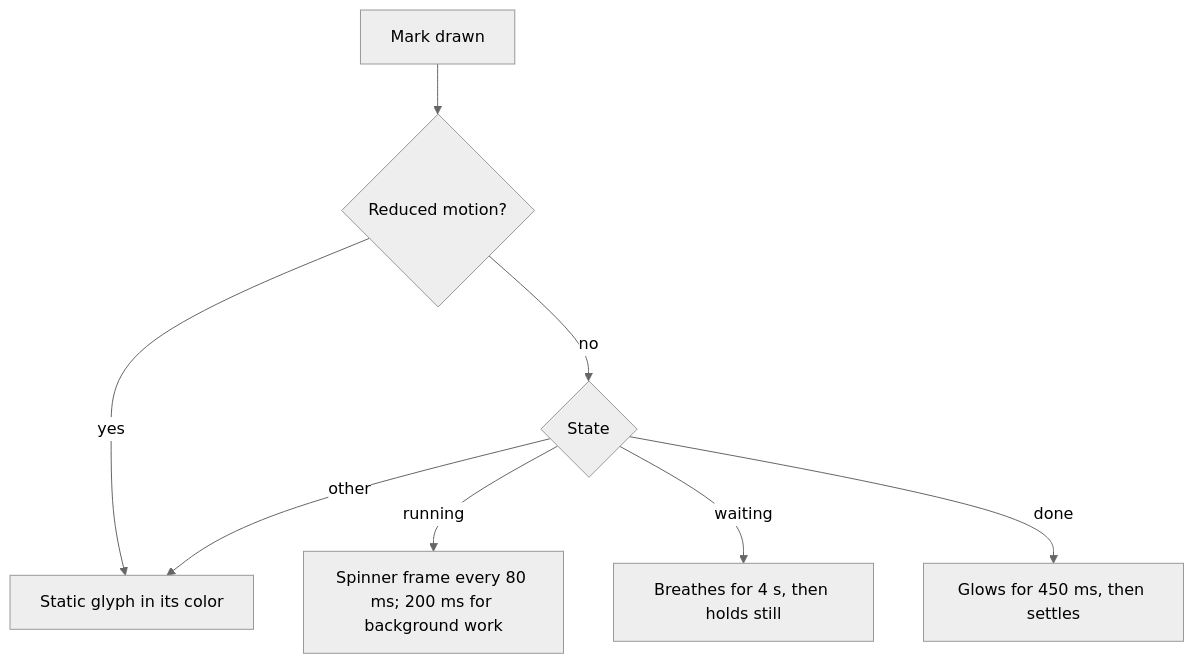
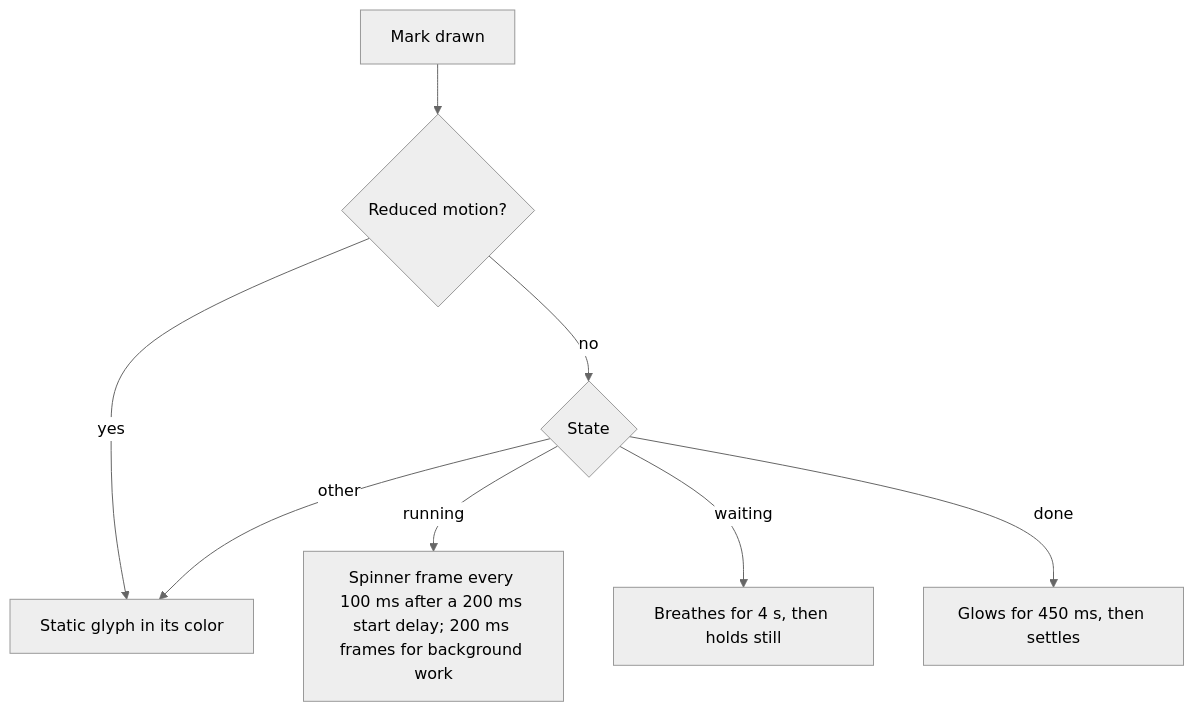
Before and after one commit to bgauryy/octocode-coding-agent: the diagram in packages/coding-agent/docs/tui-design.md, drawn with Mermaid (neutral theme). The commit also changed other lines of this file and 429 other files, not shown here.

````diff
--- a/packages/coding-agent/docs/tui-design.md
+++ b/packages/coding-agent/docs/tui-design.md
@@ -44,10 +44,10 @@
 ```mermaid
 flowchart TD
     A[Mark drawn] --> B{Reduced motion?}
     B -- yes --> S[Static glyph in its color]
     B -- no --> C{State}
-    C -- running --> R[Spinner frame every 80 ms; 200 ms for background work]
+    C -- running --> R[Spinner frame every 100 ms after a 200 ms start delay; 200 ms frames for background work]
     C -- waiting --> W[Breathes for 4 s, then holds still]
     C -- done --> D[Glows for 450 ms, then settles]
     C -- other --> S
 ```
````
